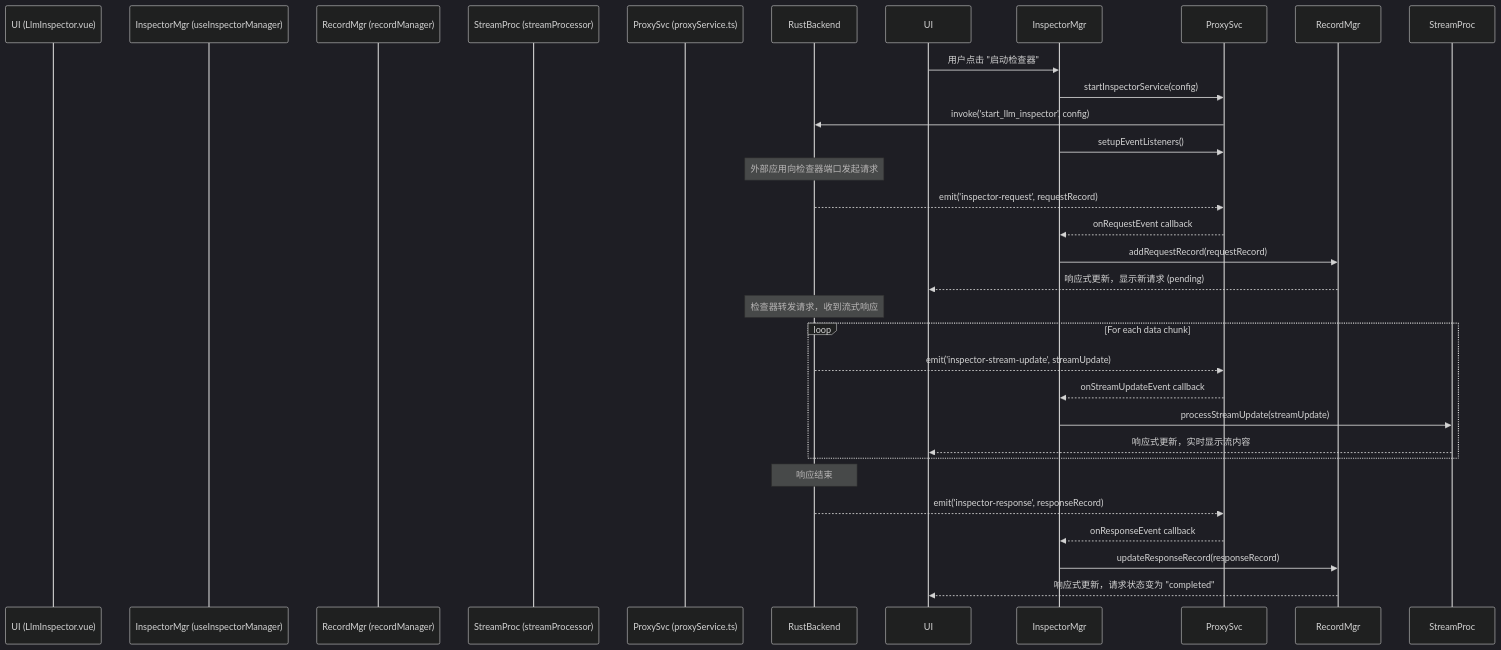
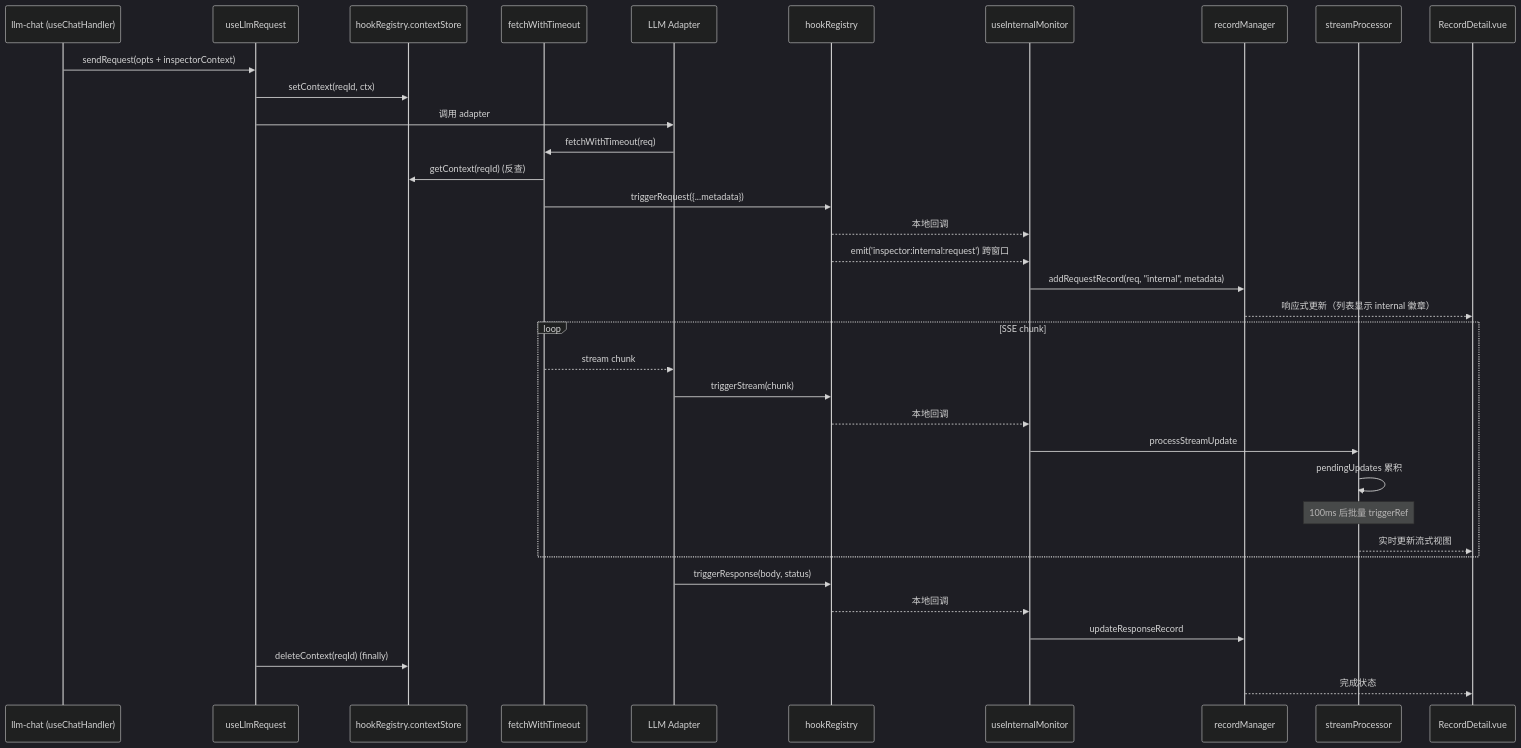
The second of 2 diagrams in src/tools/llm-inspector/ARCHITECTURE.md (miaotouy/aio-hub), drawn with Mermaid (dark theme) before and after one commit. The commit also changed other lines of this file, not shown here.

First line of the commit message:
docs(llm-inspector): 重写 ARCHITECTURE.md 反映 2.0 + detail-panel-rework 架构（G3）

````diff
--- a/src/tools/llm-inspector/ARCHITECTURE.md
+++ b/src/tools/llm-inspector/ARCHITECTURE.md
@@ -99,37 +196,40 @@
 ```mermaid
 sequenceDiagram
-    participant UI (LlmInspector.vue)
-    participant InspectorMgr (useInspectorManager)
-    participant RecordMgr (recordManager)
-    participant StreamProc (streamProcessor)
-    participant ProxySvc (proxyService.ts)
-    participant RustBackend
+    participant Tool as llm-chat (useChatHandler)
+    participant UR as useLlmRequest
+    participant CS as hookRegistry.contextStore
+    participant FW as fetchWithTimeout
+    participant Adapter as LLM Adapter
+    participant HR as hookRegistry
+    participant IMon as useInternalMonitor
+    participant RM as recordManager
+    participant SP as streamProcessor
+    participant UI as RecordDetail.vue
 
-    UI->>InspectorMgr: 用户点击 "启动检查器"
-    InspectorMgr->>ProxySvc: startInspectorService(config)
-    ProxySvc->>RustBackend: invoke('start_llm_inspector', config)
-    InspectorMgr->>ProxySvc: setupEventListeners()
+    Tool->>UR: sendRequest(opts + inspectorContext)
+    UR->>CS: setContext(reqId, ctx)
+    UR->>Adapter: 调用 adapter
+    Adapter->>FW: fetchWithTimeout(req)
+    FW->>CS: getContext(reqId) (反查)
+    FW->>HR: triggerRequest({...metadata})
+    HR-->>IMon: 本地回调
+    HR-->>IMon: emit('inspector:internal:request') 跨窗口
+    IMon->>RM: addRequestRecord(req, "internal", metadata)
+    RM-->>UI: 响应式更新（列表显示 internal 徽章）
 
-    Note over RustBackend: 外部应用向检查器端口发起请求
-
-    RustBackend-->>ProxySvc: emit('inspector-request', requestRecord)
-    ProxySvc-->>InspectorMgr: onRequestEvent callback
-    InspectorMgr->>RecordMgr: addRequestRecord(requestRecord)
-    RecordMgr-->>UI: 响应式更新，显示新请求 (pending)
-
-    Note over RustBackend: 检查器转发请求，收到流式响应
-
-    loop For each data chunk
-        RustBackend-->>ProxySvc: emit('inspector-stream-update', streamUpdate)
-        ProxySvc-->>InspectorMgr: onStreamUpdateEvent callback
-        InspectorMgr->>StreamProc: processStreamUpdate(streamUpdate)
-        StreamProc-->>UI: 响应式更新，实时显示流内容
+    loop SSE chunk
+        FW-->>Adapter: stream chunk
+        Adapter->>HR: triggerStream(chunk)
+        HR-->>IMon: 本地回调
+        IMon->>SP: processStreamUpdate
+        SP->>SP: pendingUpdates 累积
+        Note over SP: 100ms 后批量 triggerRef
+        SP-->>UI: 实时更新流式视图
     end
 
-    Note over RustBackend: 响应结束
-
-    RustBackend-->>ProxySvc: emit('inspector-response', responseRecord)
-    ProxySvc-->>InspectorMgr: onResponseEvent callback
-    InspectorMgr->>RecordMgr: updateResponseRecord(responseRecord)
-    RecordMgr-->>UI: 响应式更新，请求状态变为 "completed"
+    Adapter->>HR: triggerResponse(body, status)
+    HR-->>IMon: 本地回调
+    IMon->>RM: updateResponseRecord
+    UR->>CS: deleteContext(reqId) (finally)
+    RM-->>UI: 完成状态
 ```
````
